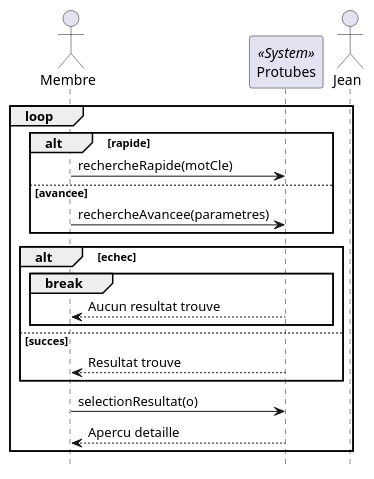
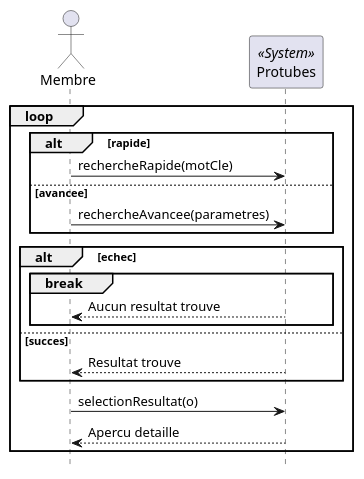
The diagram in UML/DSS/DSS_Recherche_entites.puml (galbanie/Protubes_old), drawn with PlantUML before and after one commit. The commit also changed 482 other files, not shown here.

```diff
--- a/UML/DSS/DSS_Recherche_entites.puml
+++ b/UML/DSS/DSS_Recherche_entites.puml
@@ -1,30 +1,26 @@
 @startuml
     hide footbox
     
     actor Membre
     participant Protubes << System >>
-    actor Jean
     
     loop
         alt rapide
             Membre -> Protubes : rechercheRapide(motCle)
         else avancee
             Membre -> Protubes : rechercheAvancee(parametres)
         end
 
         alt echec
             break
                 Protubes --> Membre : Aucun resultat trouve
             end
         else succes
             Protubes --> Membre : Resultat trouve
         end
 
         Membre -> Protubes : selectionResultat(o)
         Protubes --> Membre : Apercu detaille
-
-        
-        
     end
 
 @enduml
```
